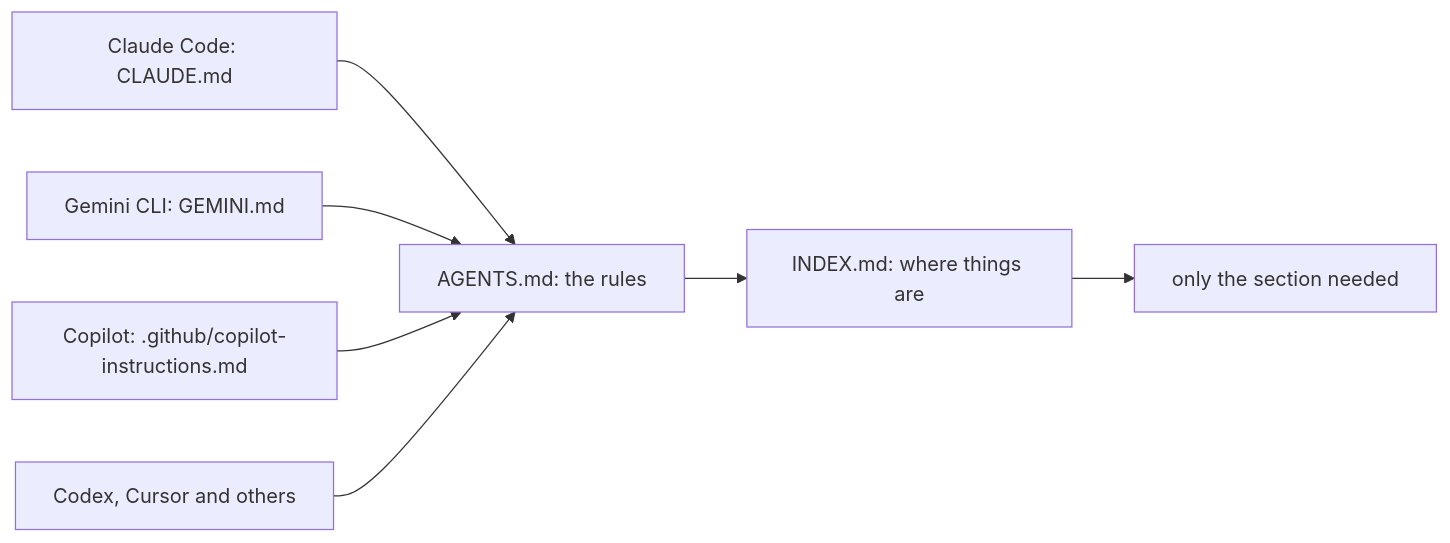
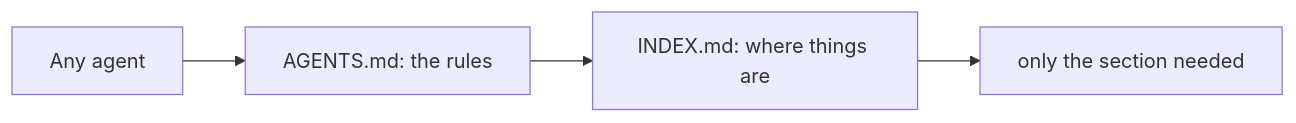
The third of 3 diagrams in README.md (erikunha/vault-of-loci), drawn with Mermaid before and after one commit. The commit also changed other lines of this file and 22 other files, not shown here.

````diff
--- a/README.md
+++ b/README.md
@@ -126,9 +128,6 @@
 ```mermaid
 flowchart LR
-  CL["Claude Code: CLAUDE.md"] --> AG["AGENTS.md: the rules"]
-  GE["Gemini CLI: GEMINI.md"] --> AG
-  CP["Copilot: .github/copilot-instructions.md"] --> AG
-  CX["Codex, Cursor and others"] --> AG
+  AGT["Any agent"] --> AG["AGENTS.md: the rules"]
   AG --> IX["INDEX.md: where things are"]
   IX --> SEC["only the section needed"]
 ```
````
